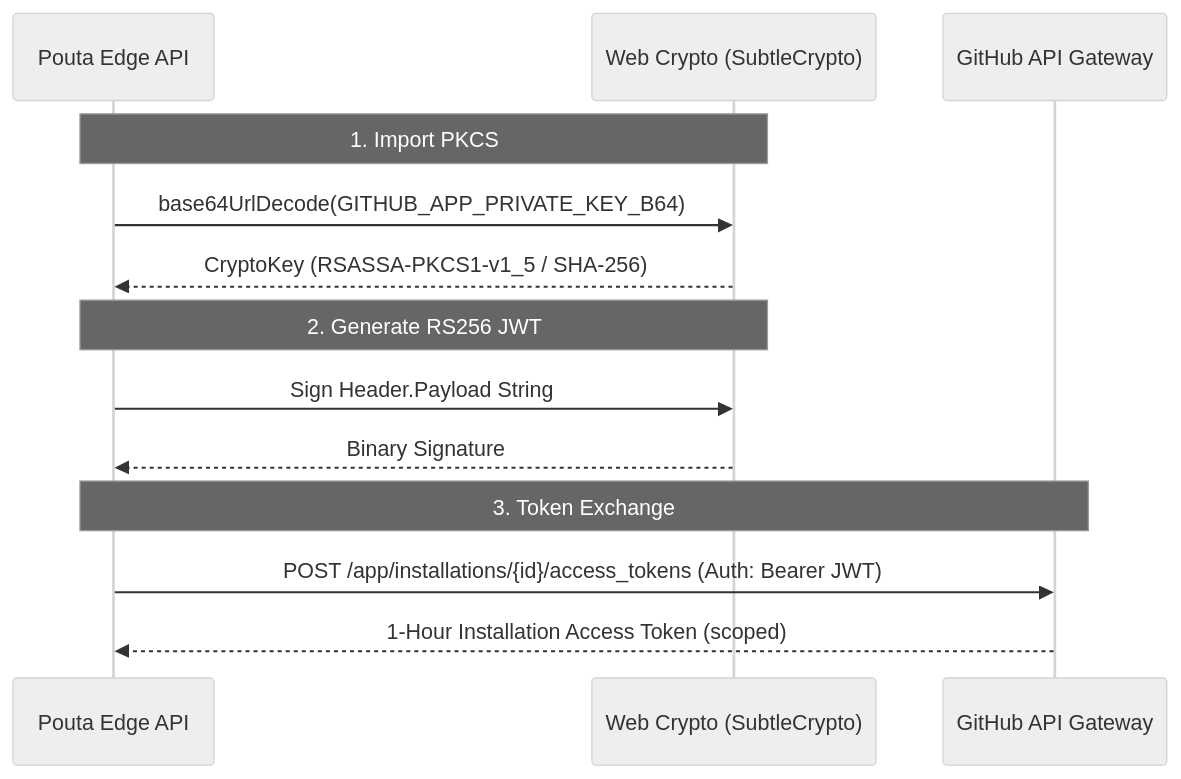
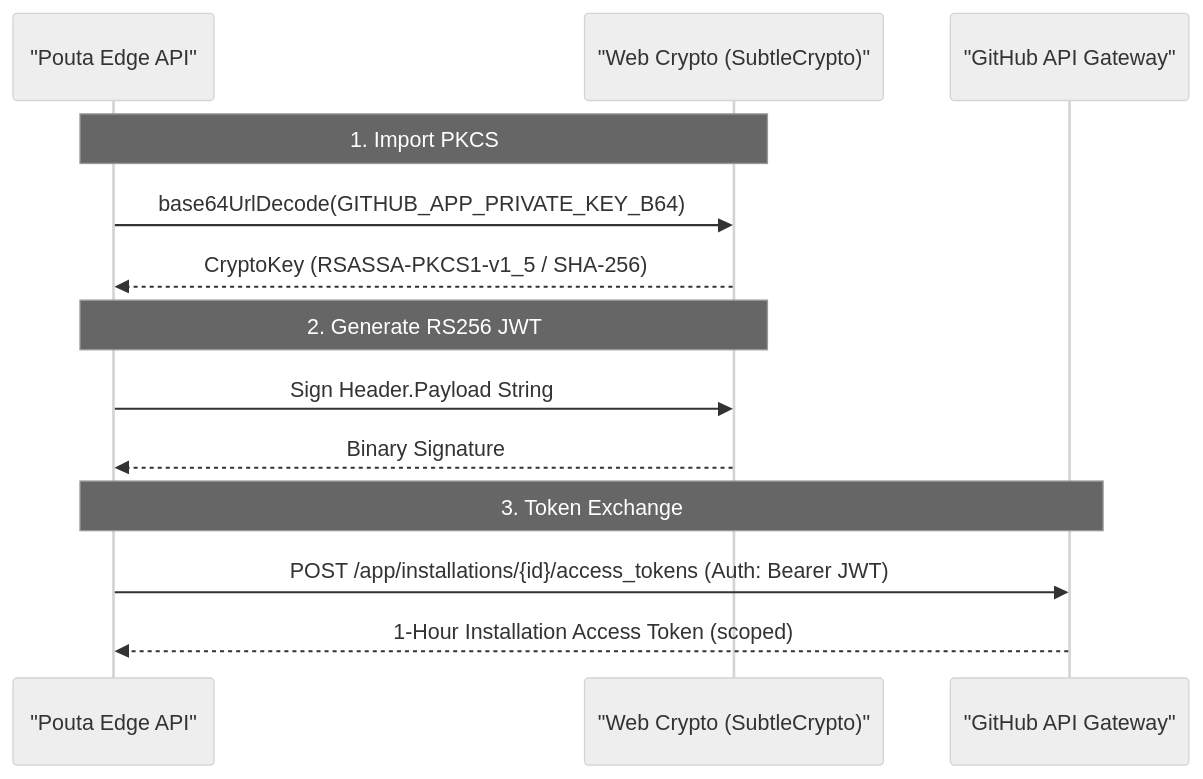
One commit to pouta-cms/cms changed the third of 7 diagrams in ARCHITECTURE.md. Above: the diagram before and after it, drawn with Mermaid (neutral theme). The commit also changed other lines of this file, not shown here.

Commit message:
docs: update ARCHITECTURE.md with Workers AI pipelines, Paywall Gate (#11)

````diff
--- a/ARCHITECTURE.md
+++ b/ARCHITECTURE.md
@@ -95,18 +95,18 @@
 ```mermaid
 sequenceDiagram
-    participant Pouta as Pouta Edge API
-    participant Subtle as Web Crypto (SubtleCrypto)
-    participant GH as GitHub API Gateway
+    participant Pouta as "Pouta Edge API"
+    participant Subtle as "Web Crypto (SubtleCrypto)"
+    participant GH as "GitHub API Gateway"
 
     Note over Pouta, Subtle: 1. Import PKCS#8 RSA Key
     Pouta->>Subtle: base64UrlDecode(GITHUB_APP_PRIVATE_KEY_B64)
     Subtle-->>Pouta: CryptoKey (RSASSA-PKCS1-v1_5 / SHA-256)
     
     Note over Pouta, Subtle: 2. Generate RS256 JWT
     Pouta->>Subtle: Sign Header.Payload String
     Subtle-->>Pouta: Binary Signature
     
     Note over Pouta, GH: 3. Token Exchange
     Pouta->>GH: POST /app/installations/{id}/access_tokens (Auth: Bearer JWT)
     GH-->>Pouta: 1-Hour Installation Access Token (scoped)
 ```
````
